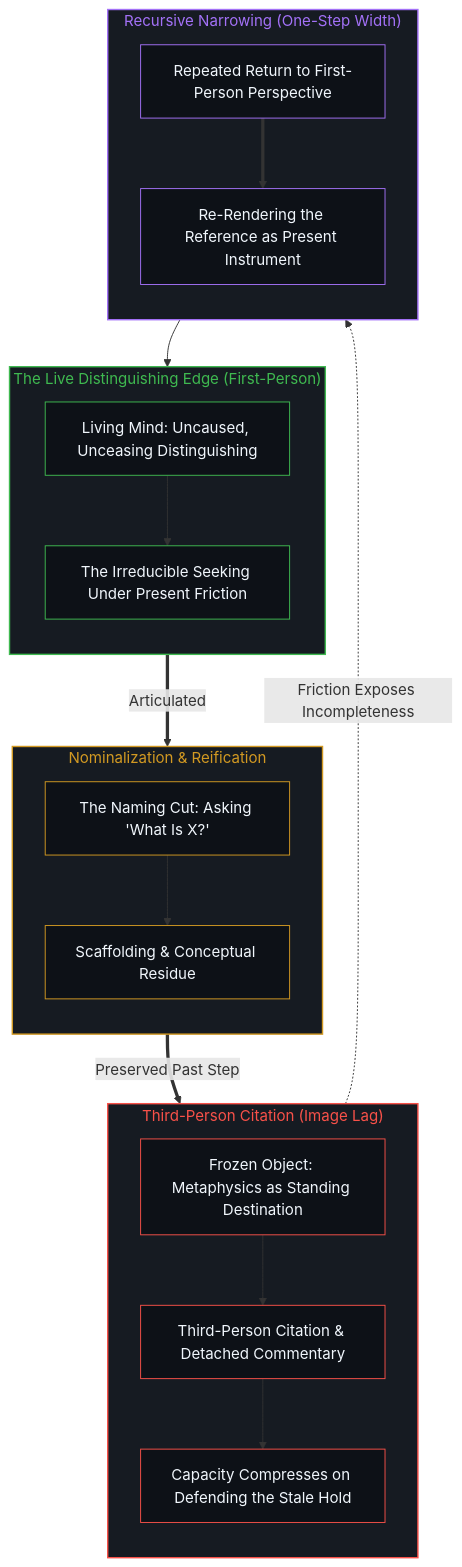
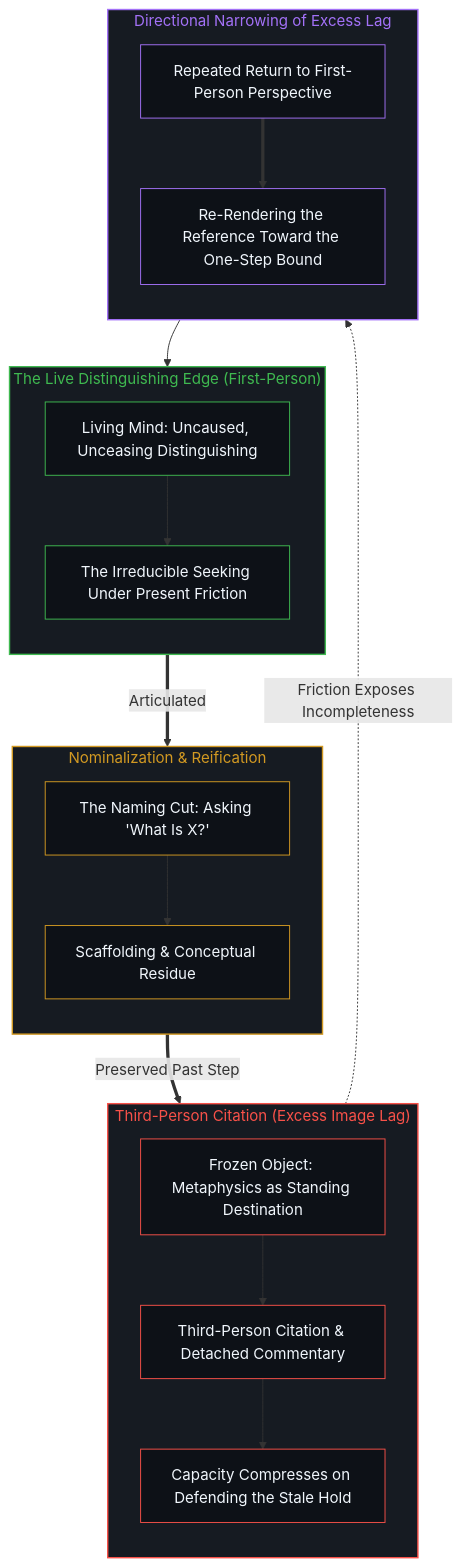
The second of 2 diagrams in content/posts/what-is-metaphysics-as-the-cut-that-names-the-seeking-as-destination.md (powerpig99/not-a-toe), drawn with Mermaid before and after one commit. The commit also changed other lines of this file and 5 other files, not shown here.

````diff
--- a/content/posts/what-is-metaphysics-as-the-cut-that-names-the-seeking-as-destination.md
+++ b/content/posts/what-is-metaphysics-as-the-cut-that-names-the-seeking-as-destination.md
@@ -76,46 +76,46 @@
 ```mermaid
 flowchart TD
     subgraph S_Activity["The Live Distinguishing Edge (First-Person)"]
         direction TB
         Mind["Living Mind: Uncaused, Unceasing Distinguishing"]
         Seeking["The Irreducible Seeking Under Present Friction"]
     end
     subgraph S_Conversion["Nominalization & Reification"]
         direction TB
         Naming["The Naming Cut: Asking 'What Is X?'"]
         Scaffold["Scaffolding & Conceptual Residue"]
     end
-    subgraph S_Lag["Third-Person Citation (Image Lag)"]
+    subgraph S_Lag["Third-Person Citation (Excess Image Lag)"]
         direction TB
         FrozenObj["Frozen Object: Metaphysics as Standing Destination"]
         ThirdPerson["Third-Person Citation & Detached Commentary"]
         StaleHold["Capacity Compresses on Defending the Stale Hold"]
     end
-    subgraph S_Return["Recursive Narrowing (One-Step Width)"]
+    subgraph S_Return["Directional Narrowing of Excess Lag"]
         direction TB
         Return["Repeated Return to First-Person Perspective"]
-        ReRender["Re-Rendering the Reference as Present Instrument"]
+        ReRender["Re-Rendering the Reference Toward the One-Step Bound"]
     end
     Mind --> Seeking
     Seeking ==>|Articulated| Naming
     Naming --> Scaffold
     Scaffold ==>|Preserved Past Step| FrozenObj
     FrozenObj --> ThirdPerson
     ThirdPerson --> StaleHold
     StaleHold -.->|Friction Exposes Incompleteness| Return
     Return ==> ReRender
     ReRender --> Mind
     style S_Activity fill:#161b22,stroke:#3fb950,stroke-width:1.5px,color:#3fb950
     style S_Conversion fill:#161b22,stroke:#d29922,stroke-width:1.5px,color:#d29922
     style S_Lag fill:#161b22,stroke:#f85149,stroke-width:1.5px,color:#f85149
     style S_Return fill:#161b22,stroke:#a371f7,stroke-width:1.5px,color:#a371f7
     style Mind fill:#0d1117,stroke:#3fb950,stroke-width:1px,color:#f0f6fc
     style Seeking fill:#0d1117,stroke:#3fb950,stroke-width:1px,color:#f0f6fc
     style Naming fill:#0d1117,stroke:#d29922,stroke-width:1px,color:#f0f6fc
     style Scaffold fill:#0d1117,stroke:#d29922,stroke-width:1px,color:#f0f6fc
     style FrozenObj fill:#0d1117,stroke:#f85149,stroke-width:1px,color:#f0f6fc
     style ThirdPerson fill:#0d1117,stroke:#f85149,stroke-width:1px,color:#f0f6fc
     style StaleHold fill:#0d1117,stroke:#f85149,stroke-width:1px,color:#f0f6fc
     style Return fill:#0d1117,stroke:#a371f7,stroke-width:1px,color:#f0f6fc
     style ReRender fill:#0d1117,stroke:#a371f7,stroke-width:1px,color:#f0f6fc
 ```
````
